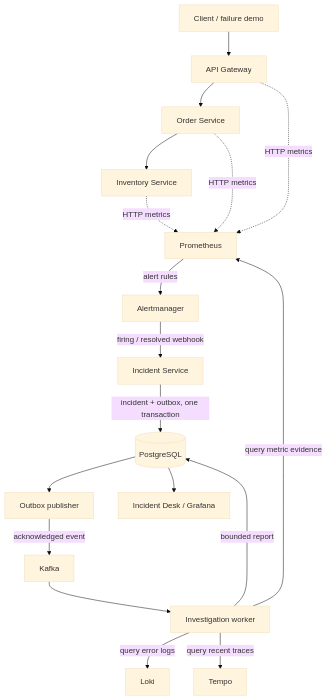
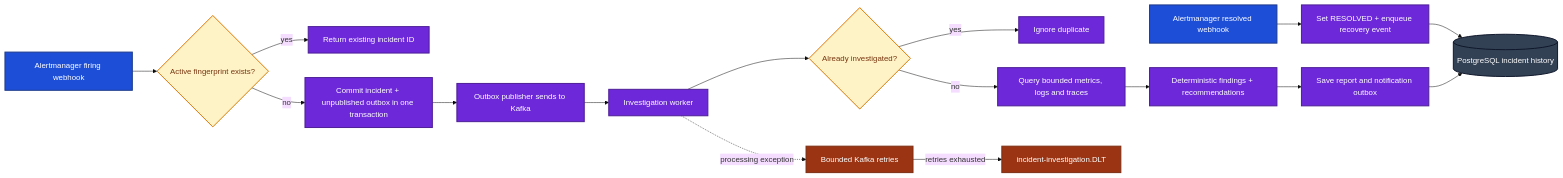
The second of 2 diagrams in README.md (Abhay123abhi/event-driven-incident-observability), drawn with Mermaid (base theme) before and after one commit. The commit also changed other lines of this file, not shown here.

Commit message:
docs: add color-coded architecture, component ownership and incident lifecycle diagrams

````diff
--- a/README.md
+++ b/README.md
@@ -13,20 +124,31 @@
 ```mermaid
-flowchart TD
-    A["Client / failure demo"] --> G["API Gateway"]
-    G --> O["Order Service"]
-    O --> I["Inventory Service"]
-    G -. "HTTP metrics" .-> P["Prometheus"]
-    O -. "HTTP metrics" .-> P
-    I -. "HTTP metrics" .-> P
-    P -->|"alert rules"| AM["Alertmanager"]
-    AM -->|"firing / resolved webhook"| S["Incident Service"]
-    S -->|"incident + outbox, one transaction"| DB[("PostgreSQL")]
-    DB --> PUB["Outbox publisher"]
-    PUB -->|"acknowledged event"| K["Kafka"]
-    K --> W["Investigation worker"]
-    W -->|"query metric evidence"| P
-    W -->|"query error logs"| L["Loki"]
-    W -->|"query recent traces"| T["Tempo"]
-    W -->|"bounded report"| DB
-    DB --> UI["Incident Desk / Grafana"]
+flowchart LR
+    FIRE["Alertmanager firing webhook"] --> DEDUP{"Active fingerprint exists?"}
+    DEDUP -->|"yes"| EXIST["Return existing incident ID"]
+    DEDUP -->|"no"| WRITE["Commit incident + unpublished outbox in one transaction"]
+    WRITE --> PUBLISH["Outbox publisher sends to Kafka"]
+    PUBLISH --> CONSUMER["Investigation worker"]
+    CONSUMER --> CHECK{"Already investigated?"}
+    CHECK -->|"yes"| SKIP["Ignore duplicate"]
+    CHECK -->|"no"| COLLECT["Query bounded metrics, logs and traces"]
+    COLLECT --> REPORT["Deterministic findings + recommendations"]
+    REPORT --> SAVE["Save report and notification outbox"]
+
+    CONSUMER -. "processing exception" .-> RETRY["Bounded Kafka retries"]
+    RETRY -->|"retries exhausted"| DLT["incident-investigation.DLT"]
+
+    RESOLVE["Alertmanager resolved webhook"] --> CLOSE["Set RESOLVED + enqueue recovery event"]
+    CLOSE --> DB[("PostgreSQL incident history")]
+    SAVE --> DB
+
+    classDef trigger fill:#1d4ed8,stroke:#1e3a8a,color:#fff,stroke-width:2px;
+    classDef decision fill:#fef3c7,stroke:#d97706,color:#78350f,stroke-width:2px;
+    classDef work fill:#6d28d9,stroke:#4c1d95,color:#fff,stroke-width:2px;
+    classDef stored fill:#334155,stroke:#0f172a,color:#fff,stroke-width:2px;
+    classDef failure fill:#9a3412,stroke:#7c2d12,color:#fff,stroke-width:2px;
+    class FIRE,RESOLVE trigger;
+    class DEDUP,CHECK decision;
+    class EXIST,WRITE,PUBLISH,CONSUMER,SKIP,COLLECT,REPORT,SAVE,CLOSE work;
+    class DB stored;
+    class RETRY,DLT failure;
 ```
````
